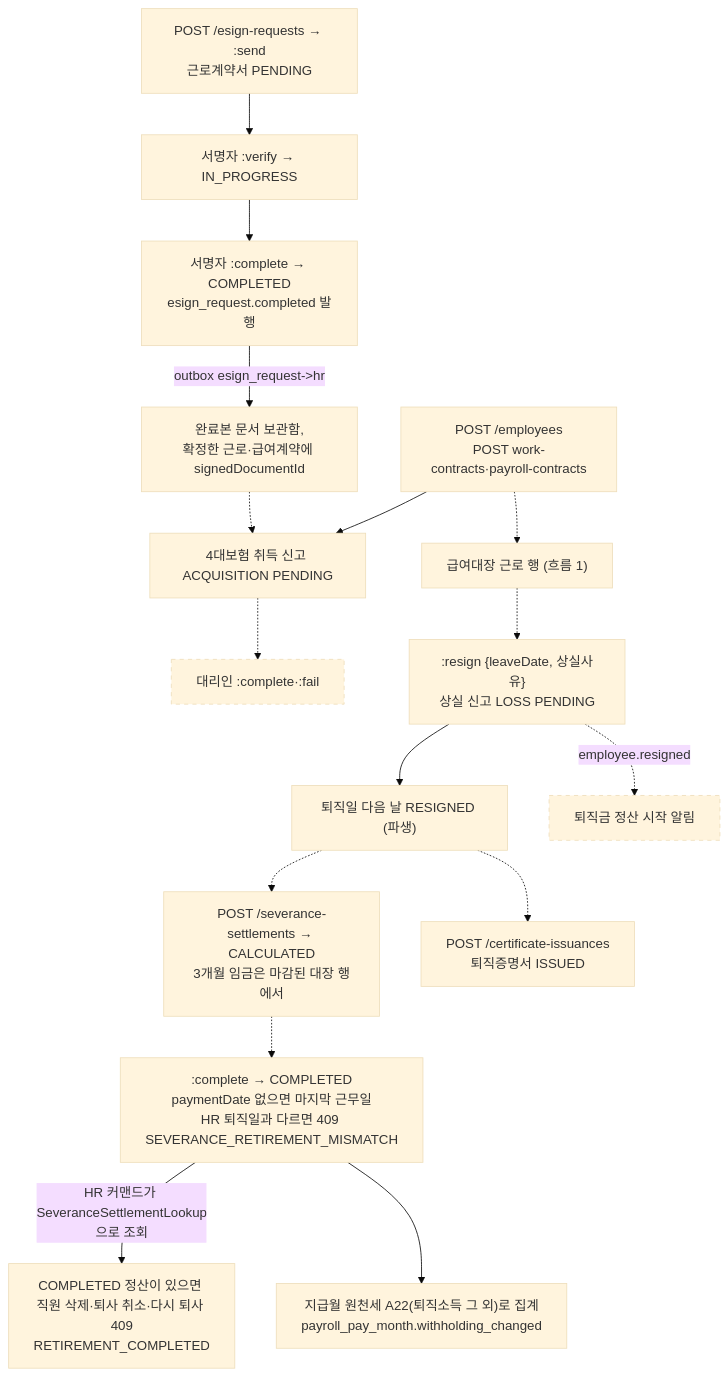
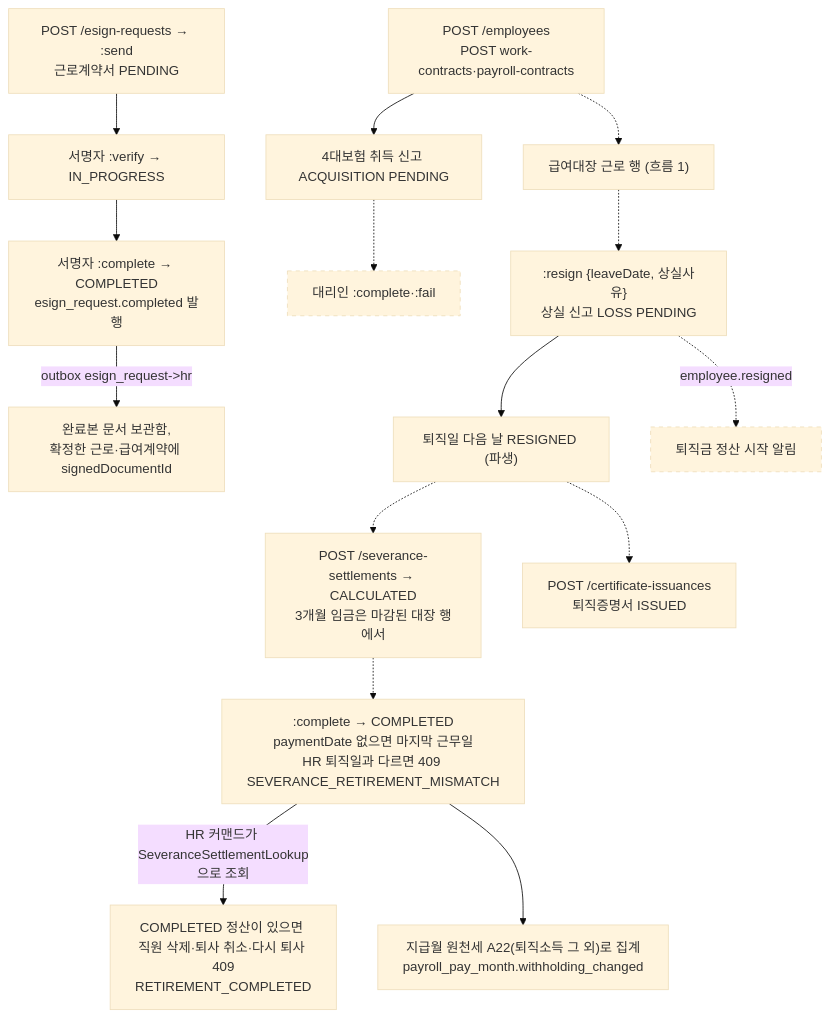
Before and after one commit to cbcruk/semu: the second of 3 diagrams in docs/design/lifecycles.md, drawn with Mermaid (base theme). The commit also changed 10 other files, not shown here.

````diff
--- a/docs/design/lifecycles.md
+++ b/docs/design/lifecycles.md
@@ -93,20 +93,19 @@
 ```mermaid
 flowchart TD
   esign["POST /esign-requests → :send<br/>근로계약서 PENDING"] --> verify["서명자 :verify → IN_PROGRESS"]
   verify --> complete["서명자 :complete → COMPLETED<br/>esign_request.completed 발행"]
   complete -- "outbox esign_request->hr" --> hrmake["완료본 문서 보관함,<br/>확정한 근로·급여계약에 signedDocumentId"]
   manual["POST /employees<br/>POST work-contracts·payroll-contracts"] --> acq["4대보험 취득 신고 ACQUISITION PENDING"]
-  hrmake -.-> acq
   acq -.-> agentdo["대리인 :complete·:fail"]:::todo
   manual -.-> payroll["급여대장 근로 행 (흐름 1)"]
   payroll -.-> resign[":resign {leaveDate, 상실사유}<br/>상실 신고 LOSS PENDING"]
   resign --> resigned["퇴직일 다음 날 RESIGNED (파생)"]
   resign -. "employee.resigned" .-> start["퇴직금 정산 시작 알림"]:::todo
   resigned -.-> sev["POST /severance-settlements → CALCULATED<br/>3개월 임금은 마감된 대장 행에서"]
   sev -.-> sevdone[":complete → COMPLETED<br/>paymentDate 없으면 마지막 근무일<br/>HR 퇴직일과 다르면 409 SEVERANCE_RETIREMENT_MISMATCH"]
   sevdone -- "HR 커맨드가 SeveranceSettlementLookup으로 조회" --> guard["COMPLETED 정산이 있으면 직원 삭제·퇴사 취소·다시 퇴사 409<br/>RETIREMENT_COMPLETED"]
   sevdone --> a22["지급월 원천세 A22(퇴직소득 그 외)로 집계<br/>payroll_pay_month.withholding_changed"]
   resigned -.-> cert["POST /certificate-issuances<br/>퇴직증명서 ISSUED"]
   classDef todo stroke-dasharray: 5 5
   classDef open stroke-width: 3px
 ```
````
